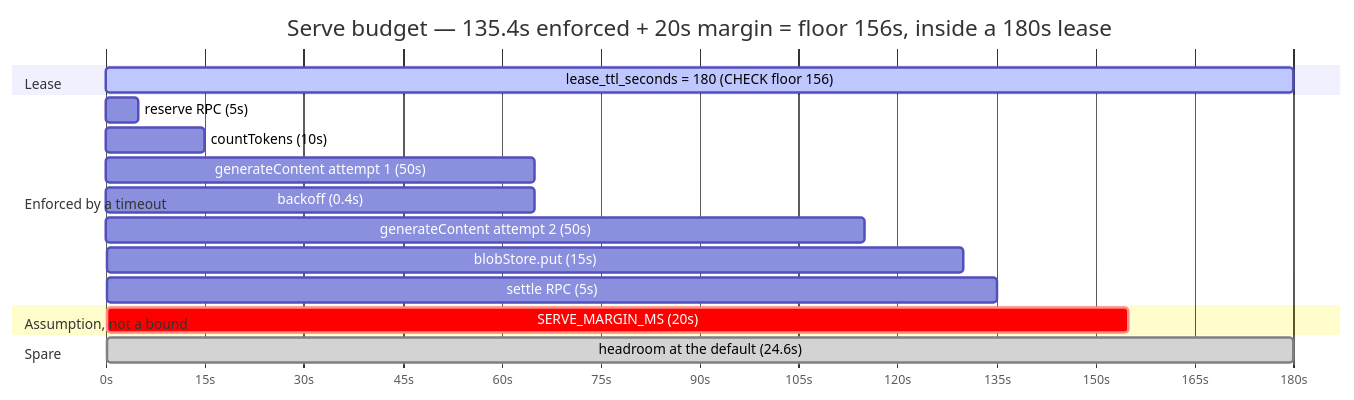
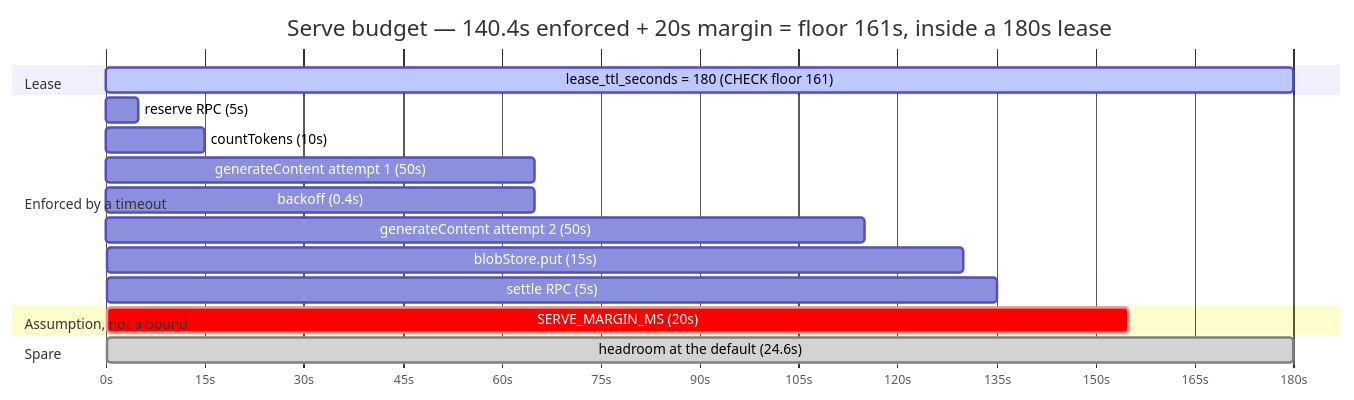
Before and after one commit to kujinlee/youtube-playlist-summaries-cloud: the first of 3 diagrams in docs/superpowers/specs/2026-08-10-serve-path-deadline-design.md, drawn with Mermaid. The commit also changed other lines of this file and 11 other files, not shown here.

````diff
--- a/docs/superpowers/specs/2026-08-10-serve-path-deadline-design.md
+++ b/docs/superpowers/specs/2026-08-10-serve-path-deadline-design.md
@@ -373,24 +373,24 @@
 ```mermaid
 gantt
-    title Serve budget — 135.4s enforced + 20s margin = floor 156s, inside a 180s lease
+    title Serve budget — 140.4s enforced + 20s margin = floor 161s, inside a 180s lease
     dateFormat X
     axisFormat %ss
 
     section Lease
-    lease_ttl_seconds = 180 (CHECK floor 156)   :active, 0, 180
+    lease_ttl_seconds = 180 (CHECK floor 161)   :active, 0, 180
 
     section Enforced by a timeout
     reserve RPC (5s)                :a0, 0, 5
     countTokens (10s)               :a1, 5, 15
     generateContent attempt 1 (50s) :a2, 15, 65
     backoff (0.4s)                  :a3, 65, 65
     generateContent attempt 2 (50s) :a4, 65, 115
     blobStore.put (15s)             :a5, 115, 130
     settle RPC (5s)                 :a6, 130, 135
 
     section Assumption, not a bound
     SERVE_MARGIN_MS (20s)           :crit, 135, 155
 
     section Spare
     headroom at the default (24.6s) :done, 155, 180
 ```
````
